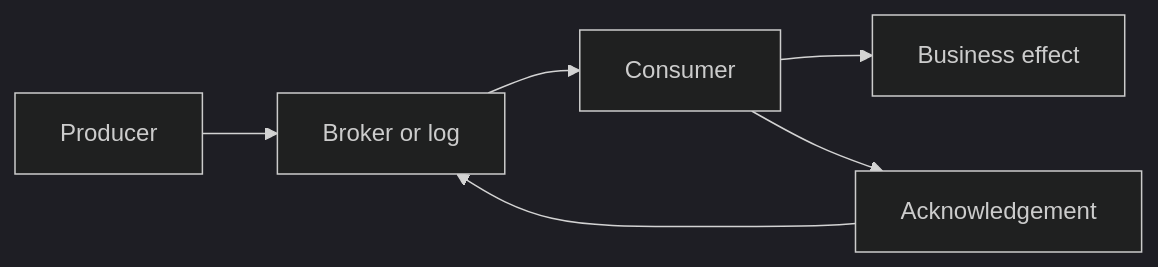
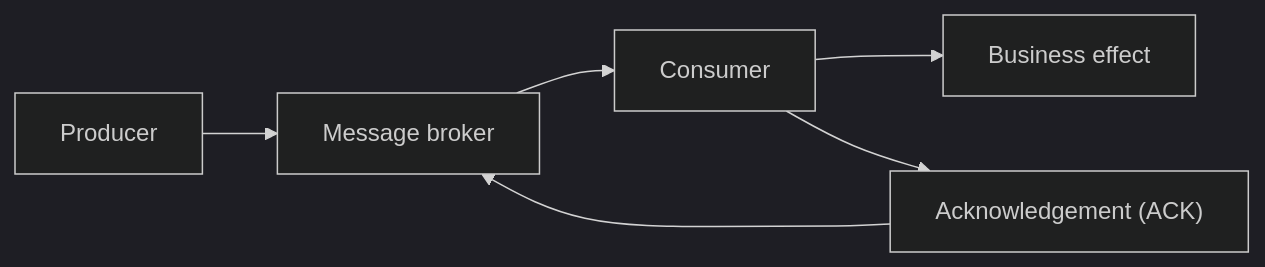
The first of 3 diagrams in content/docs/distributed-systems/delivery-semantics.mdx (thucne/software-development-atlas), drawn with Mermaid (dark theme) before and after one commit. The commit also changed other lines of this file and 133 other files, not shown here.

````diff
--- a/content/docs/distributed-systems/delivery-semantics.mdx
+++ b/content/docs/distributed-systems/delivery-semantics.mdx
@@ -29,8 +35,8 @@
 ```mermaid
 flowchart LR
-  P["Producer"] --> B["Broker or log"]
+  P["Producer"] --> B["Message broker"]
   B --> C["Consumer"]
   C --> E["Business effect"]
-  C --> A["Acknowledgement"]
+  C --> A["Acknowledgement (ACK)"]
   A --> B
 ```
````
